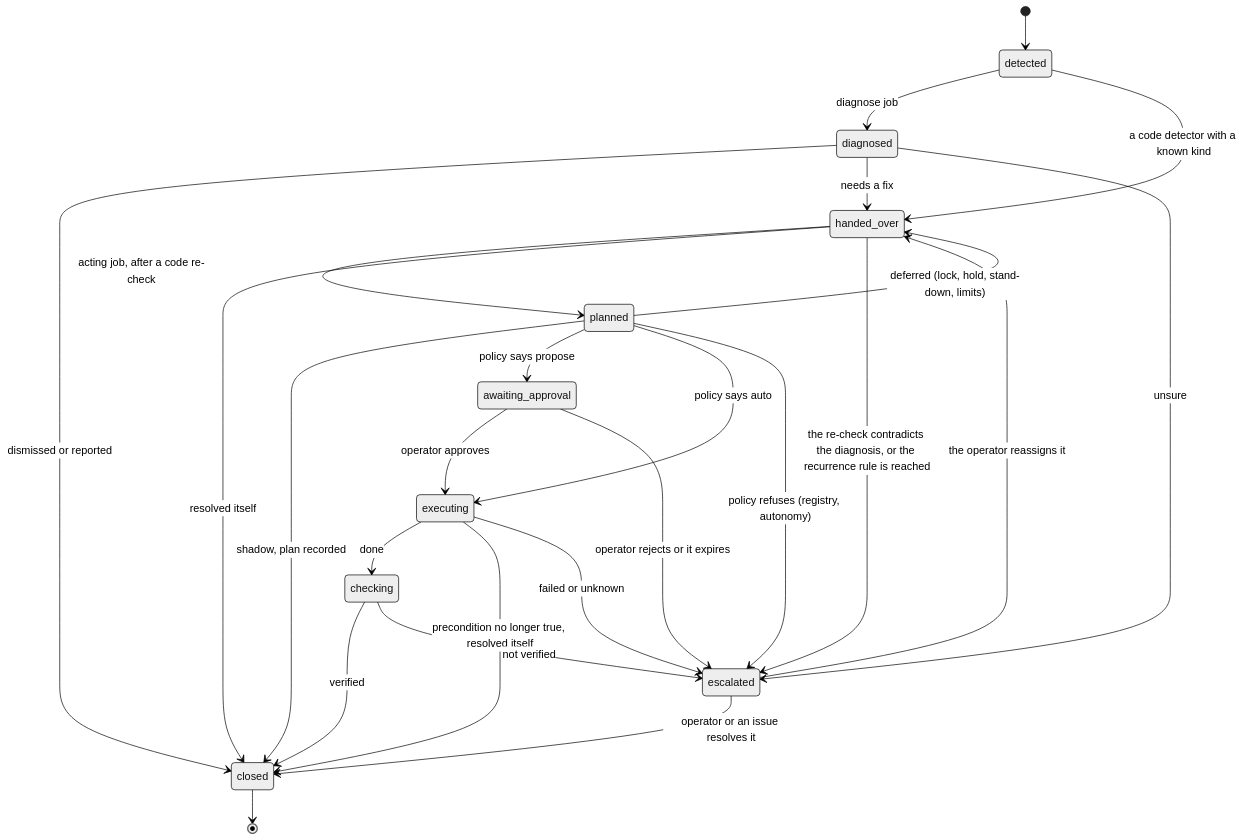
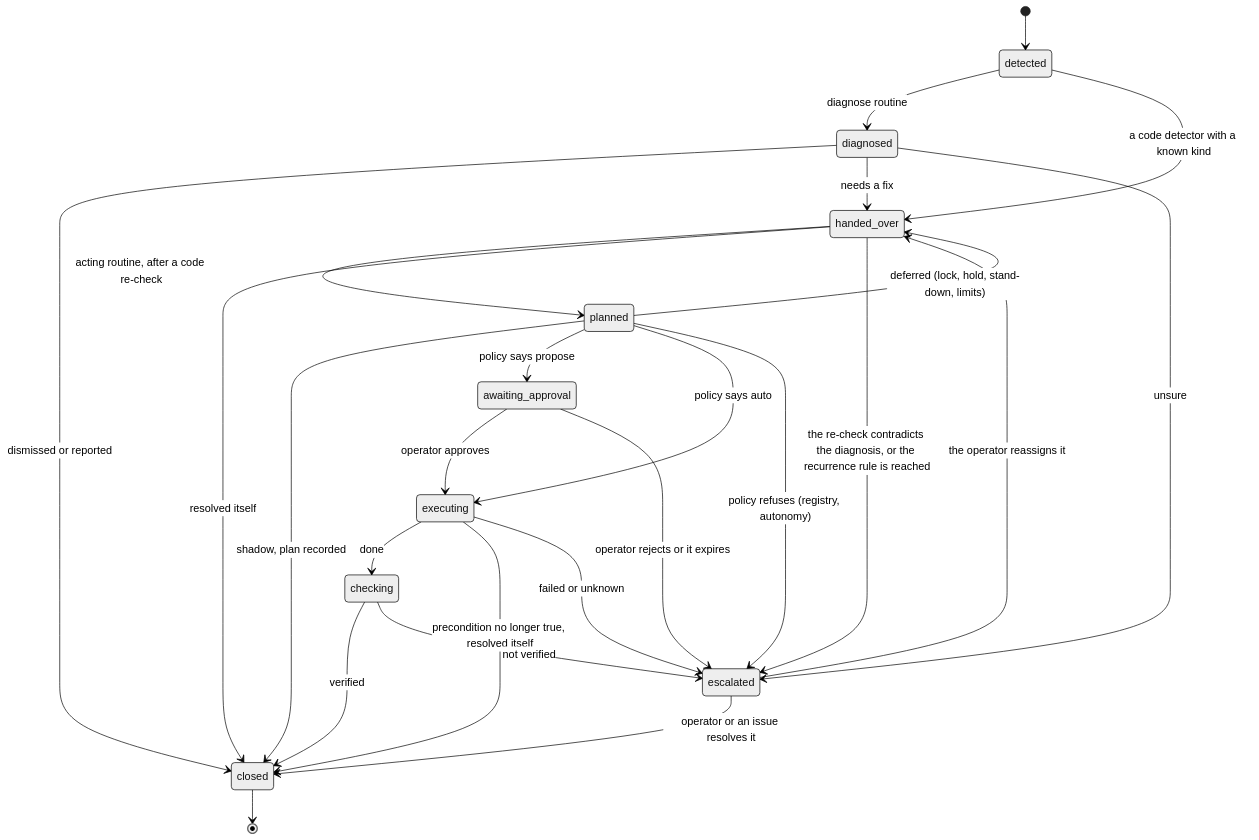
Before and after one commit to chipi/flotilla: the diagram in docs/architecture/run-lifecycle.md, drawn with Mermaid (neutral theme). The commit also changed other lines of this file and 15 other files, not shown here.

First line of the commit message:
docs: "routine" replaces "job" (ADR-0007)

````diff
--- a/docs/architecture/run-lifecycle.md
+++ b/docs/architecture/run-lifecycle.md
@@ -10,27 +11,27 @@
 ```mermaid
 stateDiagram-v2
     [*] --> detected
-    detected --> diagnosed: diagnose job
+    detected --> diagnosed: diagnose routine
     detected --> handed_over: a code detector with a known kind
     diagnosed --> closed: dismissed or reported
     diagnosed --> handed_over: needs a fix
     diagnosed --> escalated: unsure
-    handed_over --> planned: acting job, after a code re-check
+    handed_over --> planned: acting routine, after a code re-check
     handed_over --> closed: resolved itself
     handed_over --> escalated: the re-check contradicts the diagnosis, or the recurrence rule is reached
     planned --> closed: shadow, plan recorded
     planned --> awaiting_approval: policy says propose
     planned --> executing: policy says auto
     planned --> handed_over: deferred (lock, hold, stand-down, limits)
     planned --> escalated: policy refuses (registry, autonomy)
     awaiting_approval --> executing: operator approves
     awaiting_approval --> escalated: operator rejects or it expires
     executing --> checking: done
     executing --> closed: precondition no longer true, resolved itself
     executing --> escalated: failed or unknown
     checking --> closed: verified
     checking --> escalated: not verified
     escalated --> handed_over: the operator reassigns it
     escalated --> closed: operator or an issue resolves it
     closed --> [*]
 ```
````
